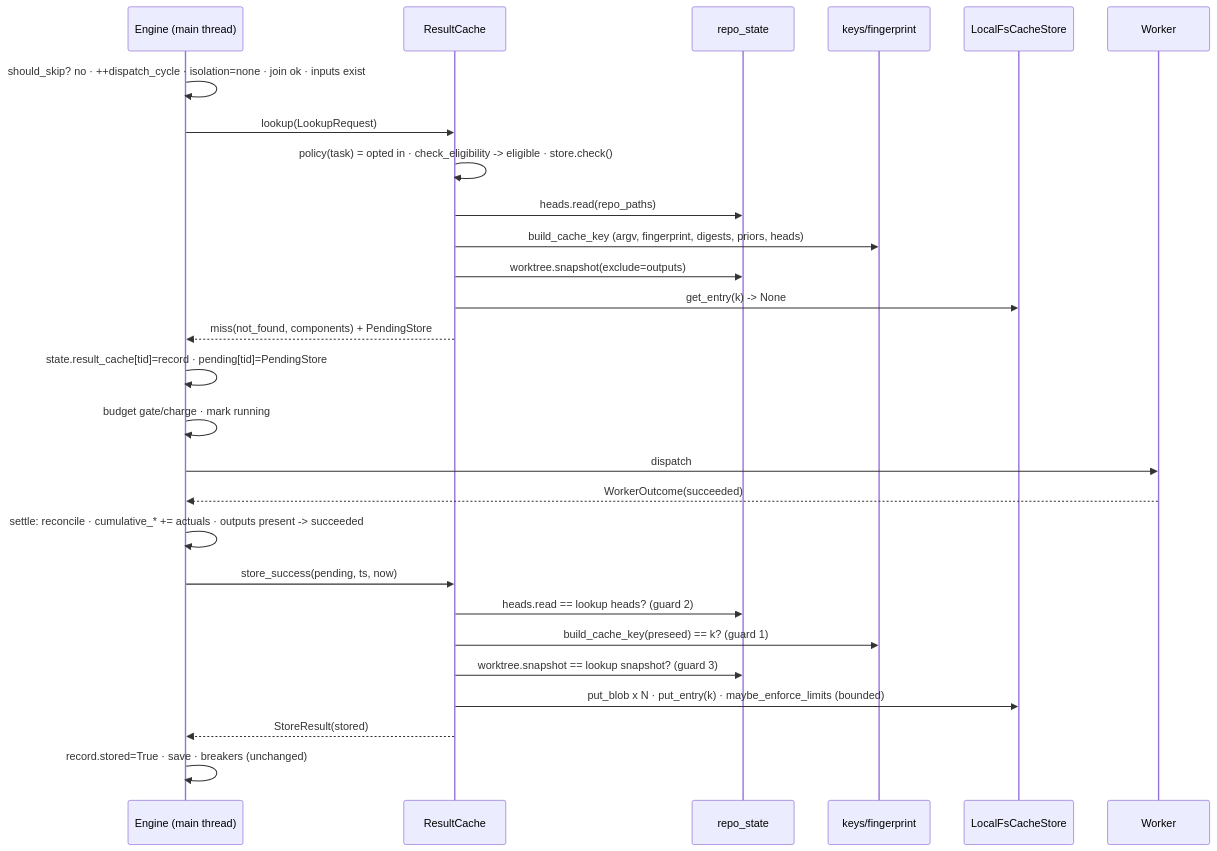
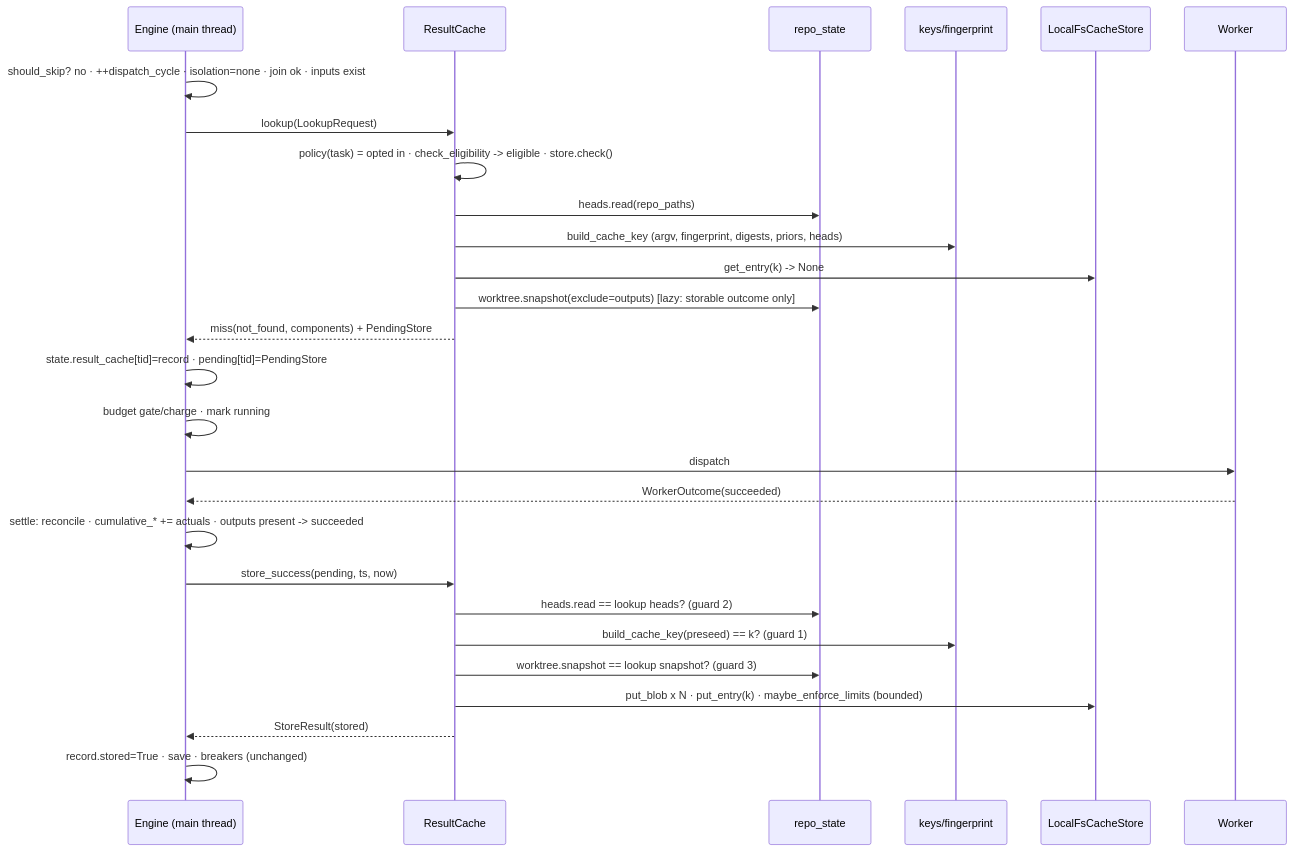
One commit to avadhootdivekar/agent-orchestrator changed the fifth of 10 diagrams in docs-md/cross-run-result-cache-hld.md. Above: the diagram before and after it, drawn with Mermaid. The commit also changed other lines of this file and 56 other files, not shown here.

````diff
--- a/docs-md/cross-run-result-cache-hld.md
+++ b/docs-md/cross-run-result-cache-hld.md
@@ -2790,29 +3515,29 @@
 ```mermaid
 sequenceDiagram
   participant E as Engine (main thread)
   participant C as ResultCache
   participant G as repo_state
   participant K as keys/fingerprint
   participant S as LocalFsCacheStore
   participant W as Worker
   E->>E: should_skip? no · ++dispatch_cycle · isolation=none · join ok · inputs exist
   E->>C: lookup(LookupRequest)
   C->>C: policy(task) = opted in · check_eligibility -> eligible · store.check()
   C->>G: heads.read(repo_paths)
   C->>K: build_cache_key (argv, fingerprint, digests, priors, heads)
-  C->>G: worktree.snapshot(exclude=outputs)
   C->>S: get_entry(k) -> None
+  C->>G: worktree.snapshot(exclude=outputs)   [lazy: storable outcome only]
   C-->>E: miss(not_found, components) + PendingStore
   E->>E: state.result_cache[tid]=record · pending[tid]=PendingStore
   E->>E: budget gate/charge · mark running
   E->>W: dispatch
   W-->>E: WorkerOutcome(succeeded)
   E->>E: settle: reconcile · cumulative_* += actuals · outputs present -> succeeded
   E->>C: store_success(pending, ts, now)
   C->>G: heads.read == lookup heads? (guard 2)
   C->>K: build_cache_key(preseed) == k? (guard 1)
   C->>G: worktree.snapshot == lookup snapshot? (guard 3)
   C->>S: put_blob x N · put_entry(k) · maybe_enforce_limits (bounded)
   C-->>E: StoreResult(stored)
   E->>E: record.stored=True · save · breakers (unchanged)
 ```
````
